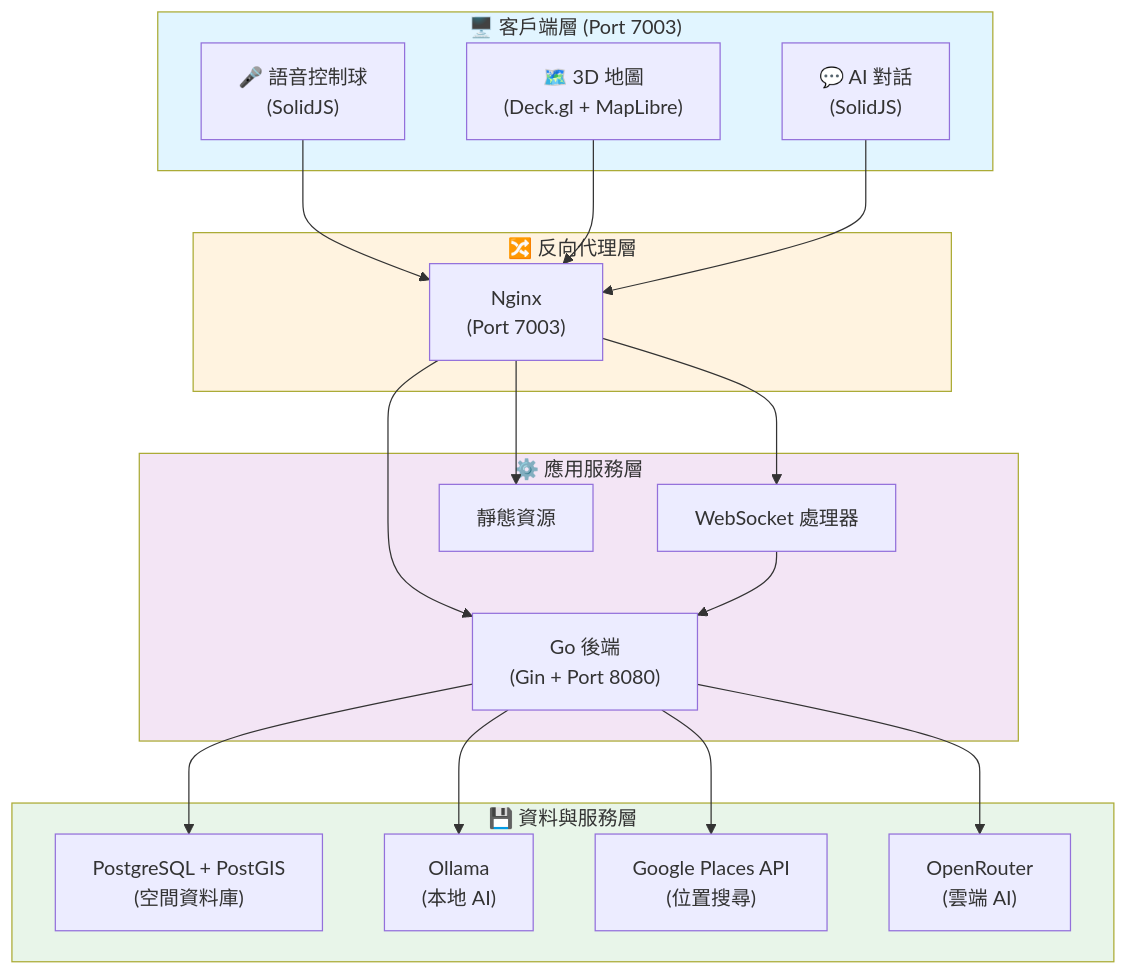
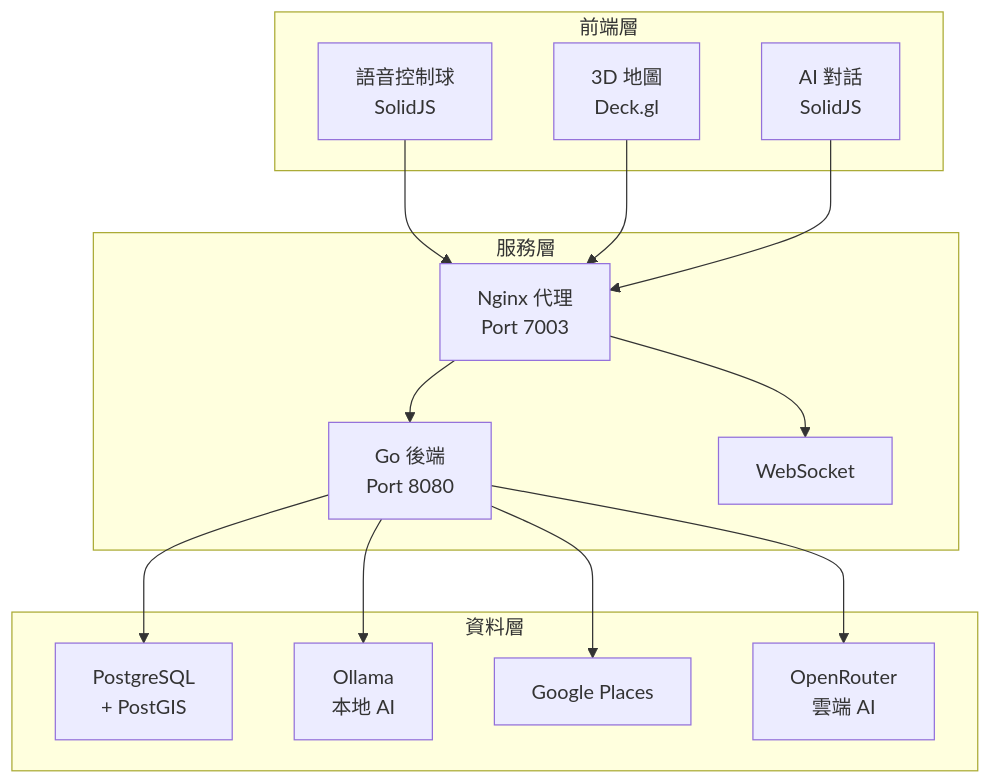
Before and after one commit to yes1688/smartmap-platform: the first of 2 diagrams in README.md, drawn with Mermaid. The commit also changed other lines of this file and 1 other file, not shown here.

````diff
--- a/README.md
+++ b/README.md
@@ -101,44 +45,31 @@
 ```mermaid
 graph TB
-    subgraph 客戶端["🖥️ 客戶端層 (Port 7003)"]
-        VoiceOrb["🎤 語音控制球<br/>(SolidJS)"]
-        Map3D["🗺️ 3D 地圖<br/>(Deck.gl + MapLibre)"]
-        AIChat["💬 AI 對話<br/>(SolidJS)"]
+    subgraph 前端層
+        A[語音控制球<br/>SolidJS]
+        B[3D 地圖<br/>Deck.gl]
+        C[AI 對話<br/>SolidJS]
     end
 
-    subgraph 代理層["🔀 反向代理層"]
-        Nginx["Nginx<br/>(Port 7003)"]
+    subgraph 服務層
+        D[Nginx 代理<br/>Port 7003]
+        E[Go 後端<br/>Port 8080]
+        F[WebSocket]
     end
 
-    subgraph 應用層["⚙️ 應用服務層"]
-        Backend["Go 後端<br/>(Gin + Port 8080)"]
-        WebSocket["WebSocket 處理器"]
-        Static["靜態資源"]
+    subgraph 資料層
+        G[PostgreSQL<br/>+ PostGIS]
+        H[Ollama<br/>本地 AI]
+        I[Google Places]
+        J[OpenRouter<br/>雲端 AI]
     end
 
-    subgraph 資料層["💾 資料與服務層"]
-        DB["PostgreSQL + PostGIS<br/>(空間資料庫)"]
-        OllamaAI["Ollama<br/>(本地 AI)"]
-        GoogleAPI["Google Places API<br/>(位置搜尋)"]
-        OpenRouter["OpenRouter<br/>(雲端 AI)"]
-    end
-
-    VoiceOrb --> Nginx
-    Map3D --> Nginx
-    AIChat --> Nginx
-
-    Nginx --> Backend
-    Nginx --> WebSocket
-    Nginx --> Static
-
-    Backend --> DB
-    Backend --> OllamaAI
-    Backend --> GoogleAPI
-    Backend --> OpenRouter
-    WebSocket --> Backend
-
-    style 客戶端 fill:#e1f5ff
-    style 代理層 fill:#fff3e0
-    style 應用層 fill:#f3e5f5
-    style 資料層 fill:#e8f5e9
+    A --> D
+    B --> D
+    C --> D
+    D --> E
+    D --> F
+    E --> G
+    E --> H
+    E --> I
+    E --> J
 ```
````
